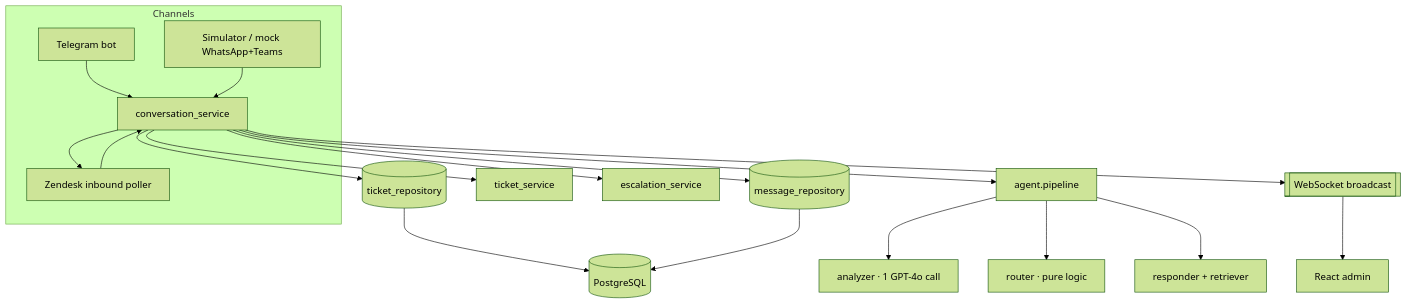
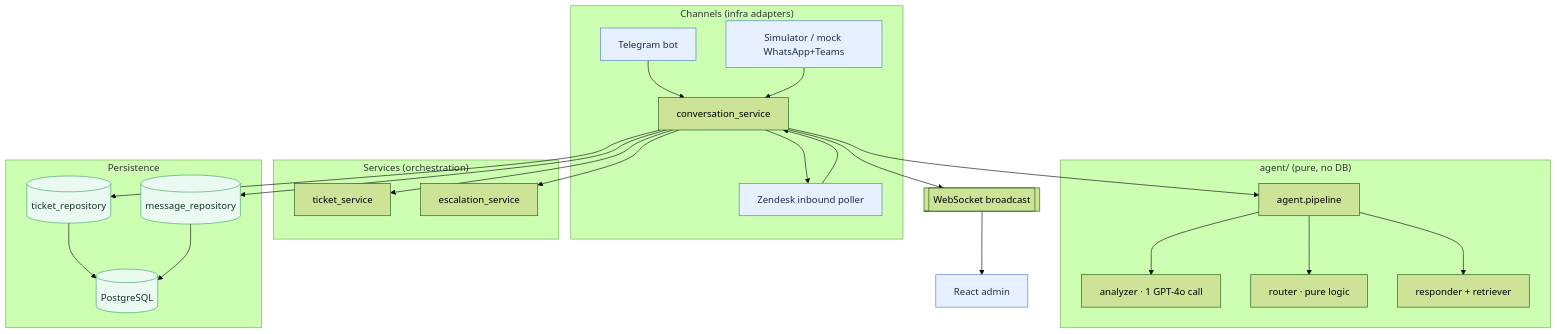
Before and after one commit to ruslan-kornich/ai-helpdesk-agent: the diagram in README.md, drawn with Mermaid (forest theme). The commit also changed other lines of this file, not shown here.

Commit message:
docs(readme): add env reference, no-make docker commands, grouped arch diagram

````diff
--- a/README.md
+++ b/README.md
@@ -57,21 +125,46 @@
 ```mermaid
 flowchart TD
-  subgraph Channels
+  subgraph Channels["Channels (infra adapters)"]
     TG[Telegram bot] --> CS
     SIM[Simulator / mock WhatsApp+Teams] --> CS
     ZD[Zendesk inbound poller] --> CS
   end
-  CS[conversation_service] --> TR[(ticket_repository)]
-  CS --> MR[(message_repository)]
-  CS --> AP[agent.pipeline]
-  AP --> AN[analyzer · 1 GPT-4o call]
-  AP --> RT[router · pure logic]
-  AP --> RS[responder + retriever]
-  CS --> TS[ticket_service]
-  CS --> ES[escalation_service]
+
+  subgraph Services["Services (orchestration)"]
+    CS[conversation_service]
+    TS[ticket_service]
+    ES[escalation_service]
+  end
+
+  subgraph Agent["agent/ (pure, no DB)"]
+    AP[agent.pipeline]
+    AN[analyzer · 1 GPT-4o call]
+    RT[router · pure logic]
+    RS[responder + retriever]
+  end
+
+  subgraph Persistence["Persistence"]
+    TR[(ticket_repository)]
+    MR[(message_repository)]
+    DB[(PostgreSQL)]
+  end
+
+  CS --> TS
+  CS --> ES
   CS --> ZD
+  CS --> AP
+  AP --> AN
+  AP --> RT
+  AP --> RS
+  CS --> TR
+  CS --> MR
+  TR --> DB
+  MR --> DB
   CS --> WS[[WebSocket broadcast]]
   WS --> UI[React admin]
-  TR --> DB[(PostgreSQL)]
-  MR --> DB
+
+  classDef external fill:#e7f0ff,stroke:#4577c9,color:#1c2e4a;
+  classDef store fill:#eafaf0,stroke:#3a9d6a,color:#143527;
+  class TG,SIM,ZD,UI external;
+  class TR,MR,DB store;
 ```
````
